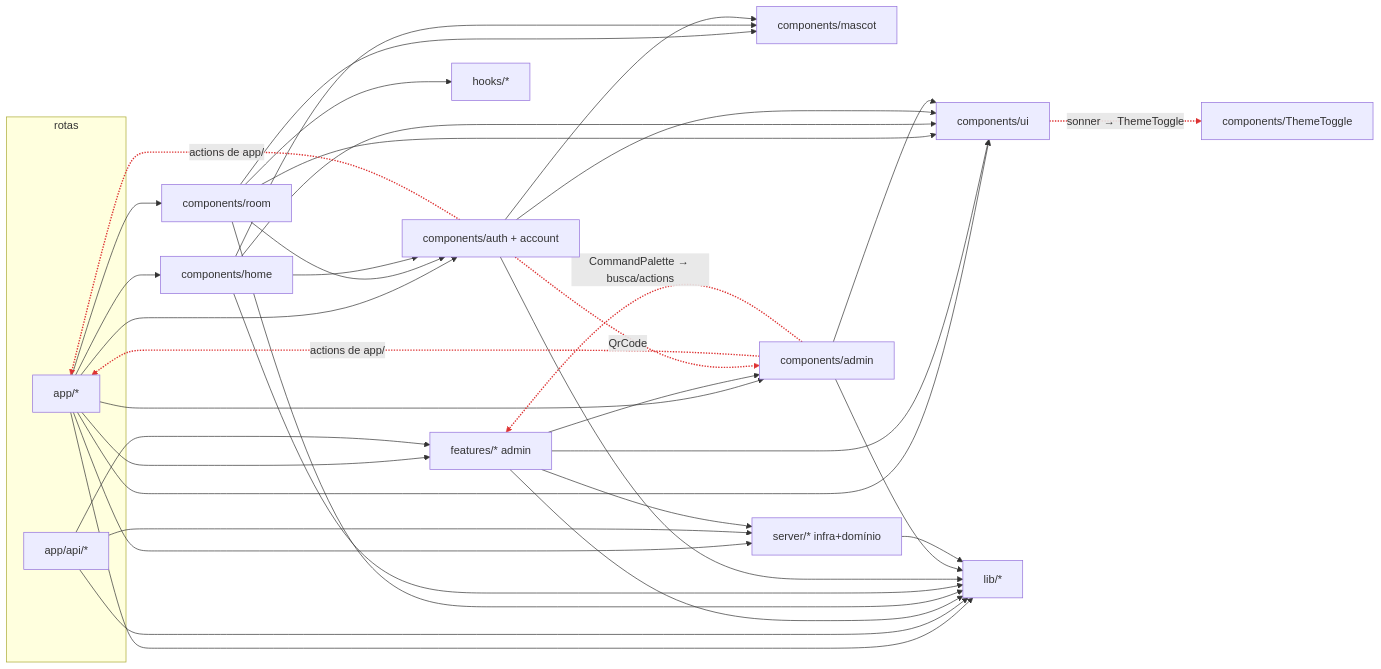
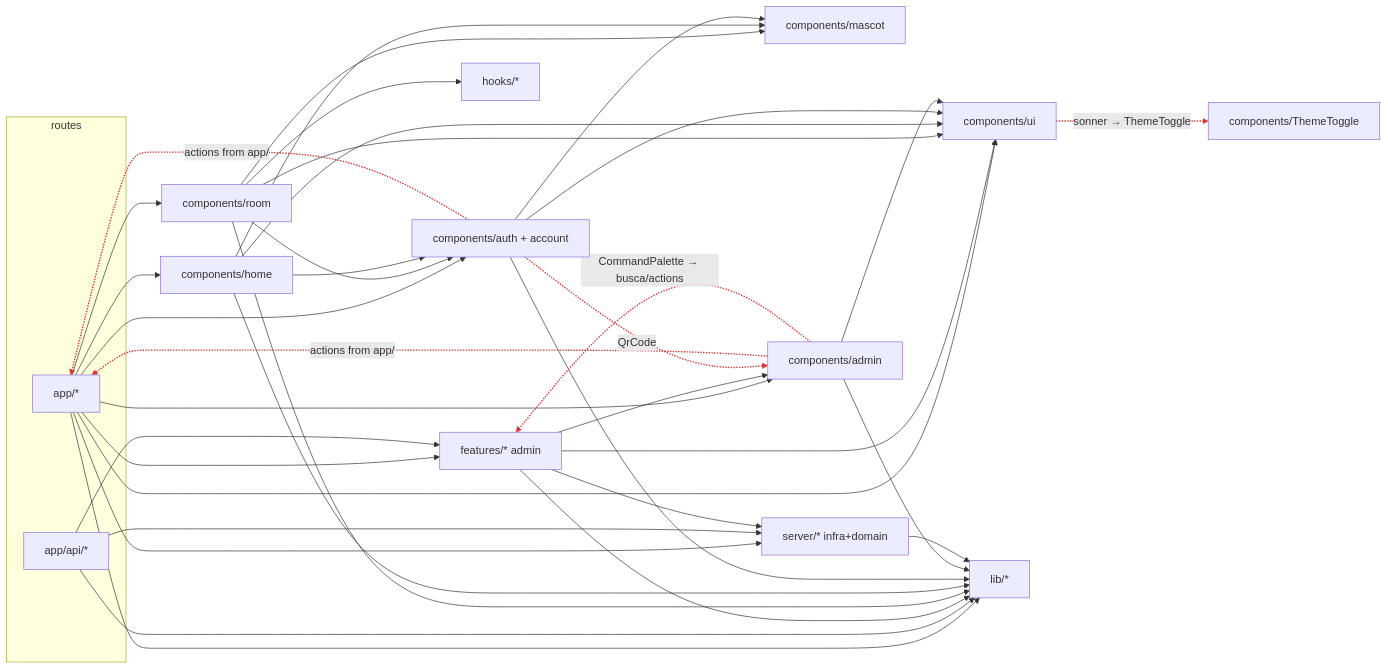
The first of 2 diagrams in docs/archive/refactor/01-inventory.md (HanielCota/NelcotaScreenShare), drawn with Mermaid before and after one commit. The commit also changed other lines of this file and 18 other files, not shown here.

````diff
--- a/docs/archive/refactor/01-inventory.md
+++ b/docs/archive/refactor/01-inventory.md
@@ -65,33 +65,33 @@
 ```mermaid
 graph LR
-  subgraph rotas
+  subgraph routes
     APP[app/*]
     API[app/api/*]
   end
   FEAT[features/* admin]
   CROOM[components/room]
   CMASC[components/mascot]
   CHOME[components/home]
   CAUTH[components/auth + account]
   CADM[components/admin]
   CUI[components/ui]
   LIB[lib/*]
   HOOKS[hooks/*]
-  SRV[server/* infra+domínio]
+  SRV[server/* infra+domain]
 
   APP --> FEAT & CROOM & CHOME & CAUTH & CADM & CUI & LIB & SRV
   API --> FEAT & SRV & LIB
   FEAT --> CADM & CUI & LIB & SRV
   CROOM --> CUI & LIB & HOOKS & CMASC & CAUTH
   CHOME --> CMASC & CAUTH & CUI & LIB
   CAUTH --> CUI & LIB & CMASC
   CADM --> CUI & LIB
   SRV --> LIB
 
-  CAUTH -. "actions de app/" .-> APP
-  CADM -. "actions de app/" .-> APP
+  CAUTH -. "actions from app/" .-> APP
+  CADM -. "actions from app/" .-> APP
   CADM -. "CommandPalette → busca/actions" .-> FEAT
   CAUTH -. "QrCode" .-> CADM
   CUI -. "sonner → ThemeToggle" .-> CROOT[components/ThemeToggle]
   linkStyle 30,31,32,33,34 stroke:#d33,stroke-width:2px
 ```
````
